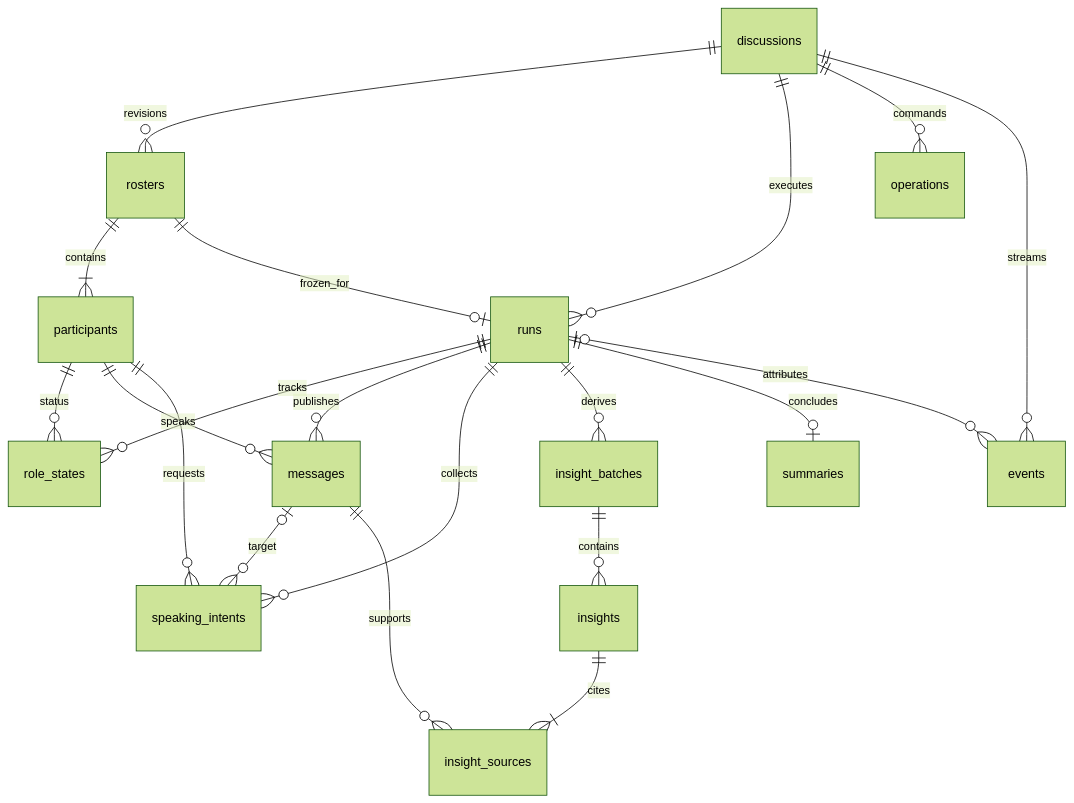
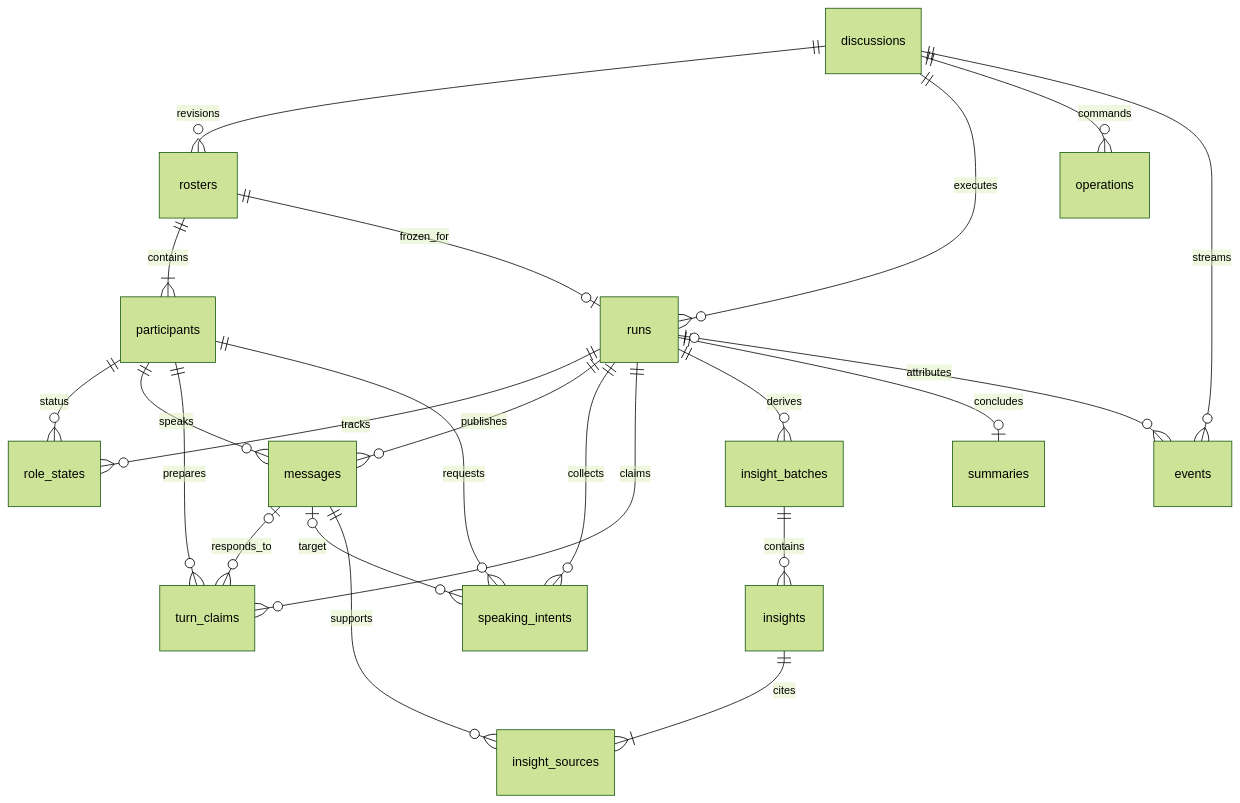
One commit to WenhuiRuan/Web-App-MVP changed the diagram in docs/data-model.md. Above: the diagram before and after it, drawn with Mermaid (forest theme). The commit also changed other lines of this file and 26 other files, not shown here.

````diff
--- a/docs/data-model.md
+++ b/docs/data-model.md
@@ -7,22 +7,25 @@
 ```mermaid
 erDiagram
     discussions ||--o{ rosters : revisions
     rosters ||--|{ participants : contains
     discussions ||--o{ runs : executes
     rosters ||--o| runs : frozen_for
     runs ||--o{ role_states : tracks
     participants ||--o{ role_states : status
     runs ||--o{ messages : publishes
     participants ||--o{ messages : speaks
     runs ||--o{ speaking_intents : collects
+    runs ||--o{ turn_claims : claims
+    participants ||--o{ turn_claims : prepares
+    messages o|--o{ turn_claims : responds_to
     participants ||--o{ speaking_intents : requests
     messages o|--o{ speaking_intents : target
     runs ||--o{ insight_batches : derives
     insight_batches ||--o{ insights : contains
     insights ||--|{ insight_sources : cites
     messages ||--o{ insight_sources : supports
     runs ||--o| summaries : concludes
     discussions ||--o{ operations : commands
     discussions ||--o{ events : streams
     runs o|--o{ events : attributes
 ```
````
